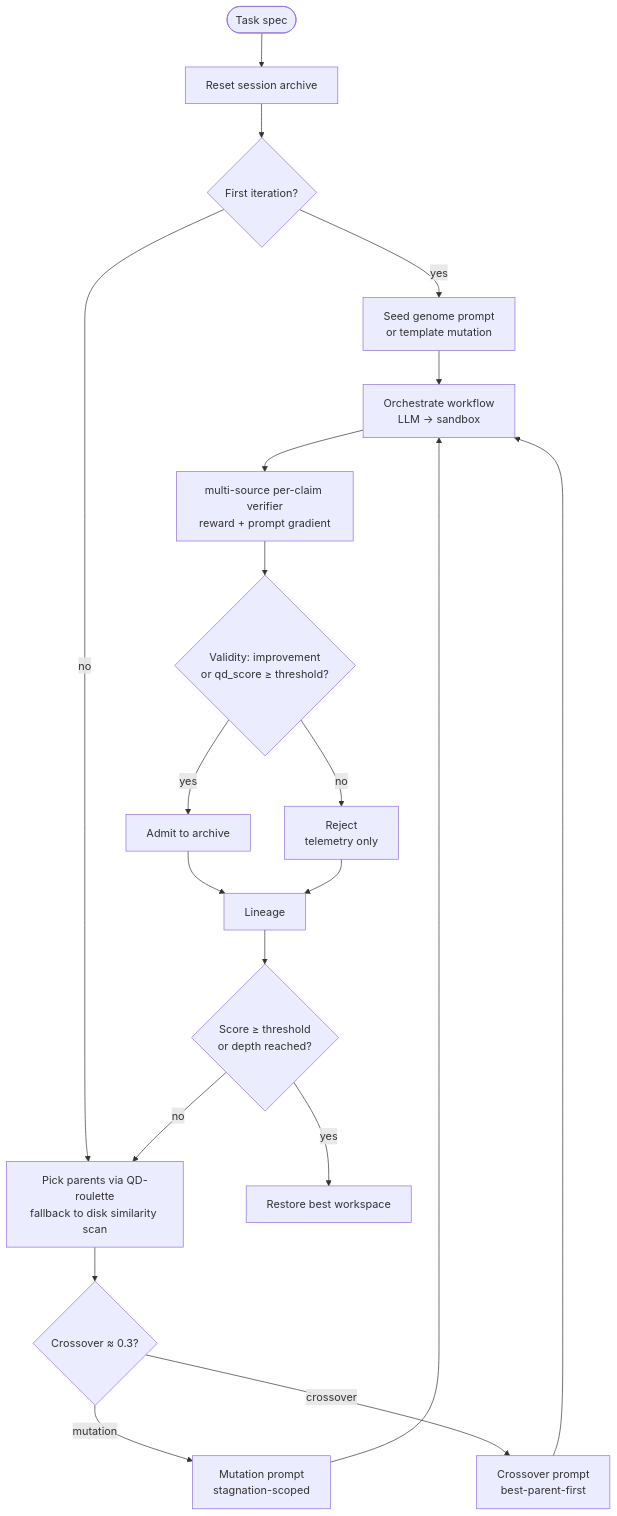
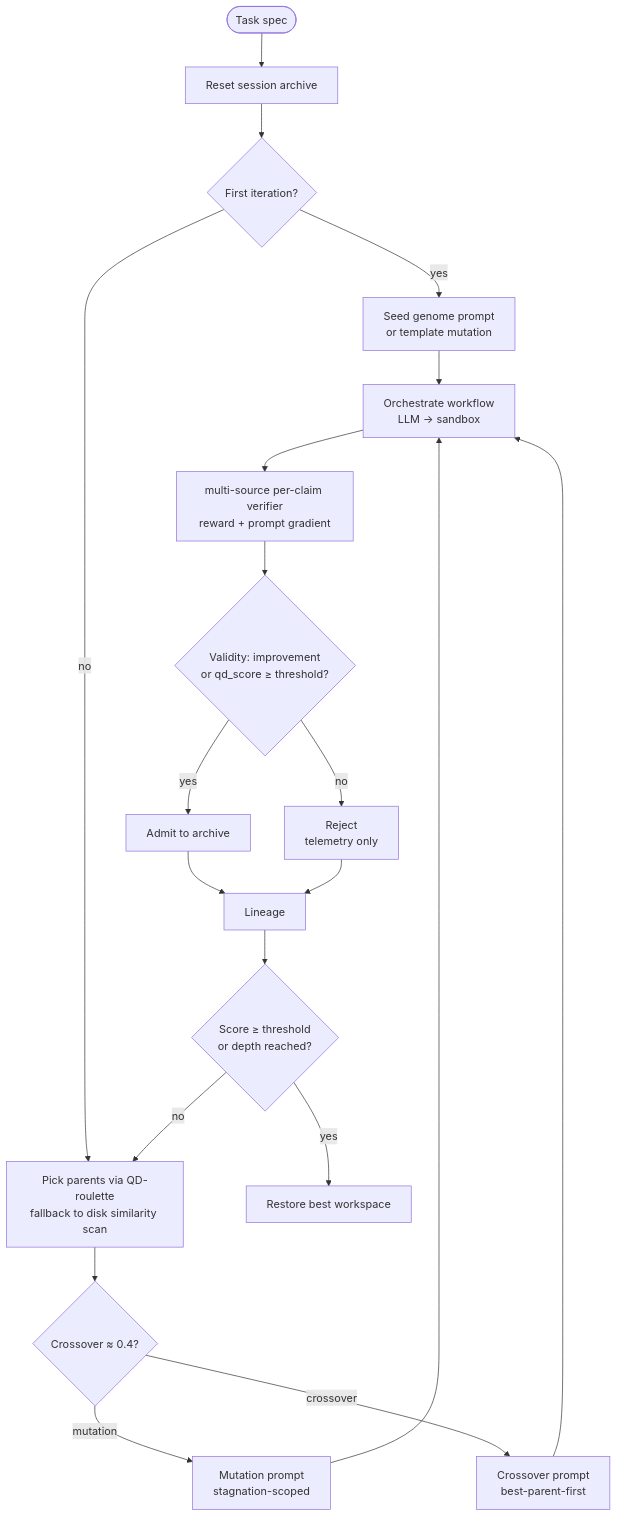
Before and after one commit to HolobiomicsLab/Mimosa-AI: the diagram in docs/concepts/evolution-engine.md, drawn with Mermaid. The commit also changed other lines of this file and 3 other files, not shown here.

````diff
--- a/docs/concepts/evolution-engine.md
+++ b/docs/concepts/evolution-engine.md
@@ -13,22 +13,22 @@
 ```mermaid
 flowchart TB
     Start([Task spec]) --> Reset[Reset session archive]
     Reset --> Seed{First iteration?}
     Seed -- yes --> SeedPrompt[Seed genome prompt<br/>or template mutation]
     Seed -- no --> Pick[Pick parents via QD-roulette<br/>fallback to disk similarity scan]
     SeedPrompt --> Orch[Orchestrate workflow<br/>LLM → sandbox]
-    Pick --> Decide{Crossover ≈ 0.3?}
+    Pick --> Decide{Crossover ≈ 0.4?}
     Decide -- mutation --> Mut[Mutation prompt<br/>stagnation-scoped]
     Decide -- crossover --> Cross[Crossover prompt<br/>best-parent-first]
     Mut --> Orch
     Cross --> Orch
     Orch --> Eval[multi-source per-claim verifier<br/>reward + prompt gradient]
     Eval --> Admit{Validity: improvement<br/>or qd_score ≥ threshold?}
     Admit -- yes --> Archive[Admit to archive]
     Admit -- no --> Reject[Reject<br/>telemetry only]
     Archive --> Lin[Lineage]
     Reject --> Lin
     Lin --> Stop{Score ≥ threshold<br/>or depth reached?}
     Stop -- no --> Pick
     Stop -- yes --> Restore[Restore best workspace]
 ```
````
